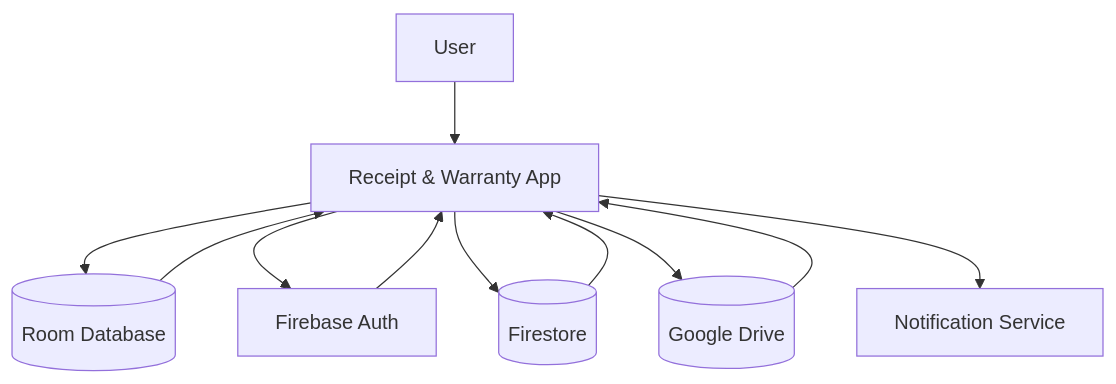
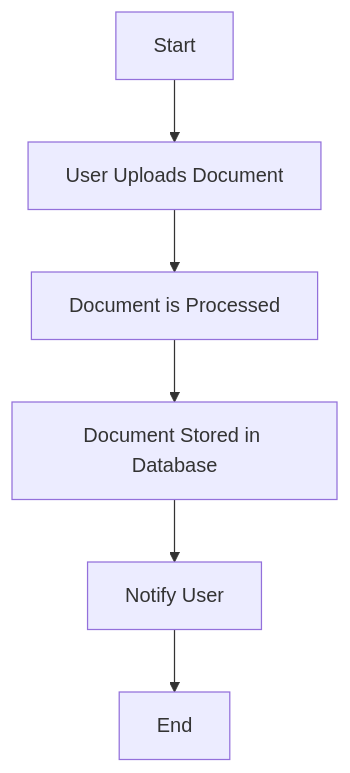
Before and after one commit to Ayushx404/Receept: the third of 4 diagrams in projectreport.md, drawn with Mermaid. The commit also changed other lines of this file, not shown here.

````diff
--- a/projectreport.md
+++ b/projectreport.md
@@ -292,14 +35,8 @@
 ```mermaid
 flowchart TD
-    User[User] --> App[Receipt & Warranty App]
-    App --> LocalDB[(Room Database)]
-    App --> Auth[Firebase Auth]
-    App --> CloudDB[(Firestore)]
-    App --> Drive[(Google Drive)]
-    App --> Notify[Notification Service]
-
-    Auth --> App
-    CloudDB --> App
-    Drive --> App
-    LocalDB --> App
+    A[Start] --> B[User Uploads Document]
+    B --> C[Document is Processed]
+    C --> D[Document Stored in Database]
+    D --> E[Notify User]
+    E --> F[End]
 ```
````
